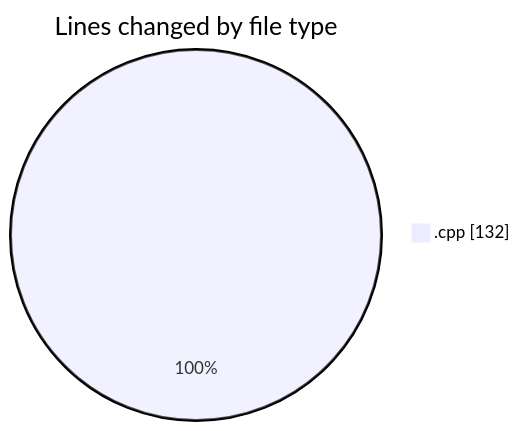
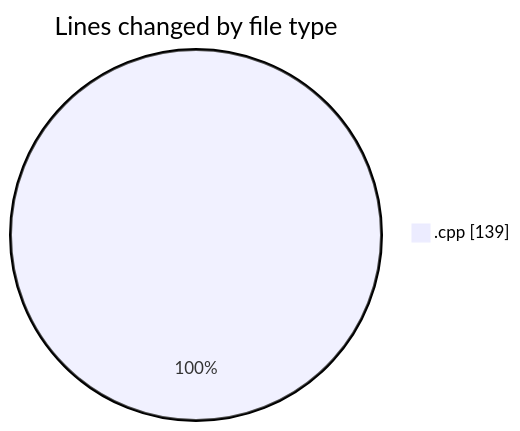
The first of 2 diagrams in 2025-04-24/echo/README.md (Netris89/code-tracking), drawn with Mermaid before and after one commit. The commit also changed other lines of this file and 1 other file, not shown here.

````diff
--- a/2025-04-24/echo/README.md
+++ b/2025-04-24/echo/README.md
@@ -20,5 +20,5 @@
 ```mermaid
 pie showData
 title Lines changed by file type
-".cpp" : 132
+".cpp" : 139
 ```
````
